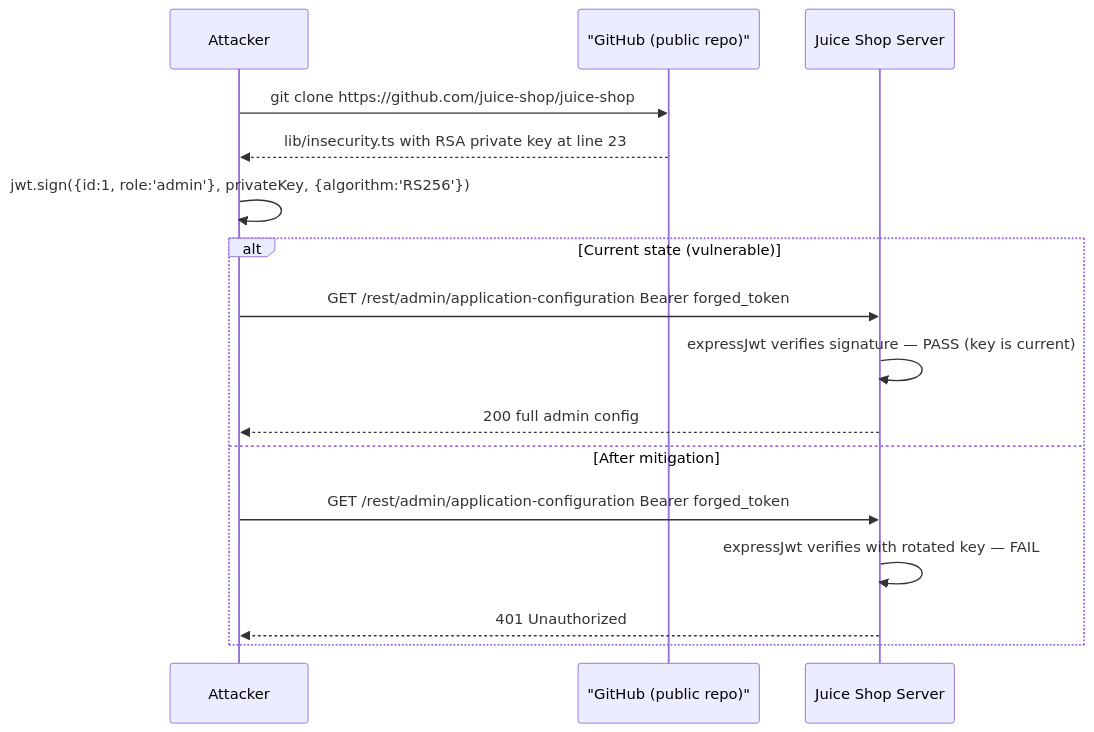
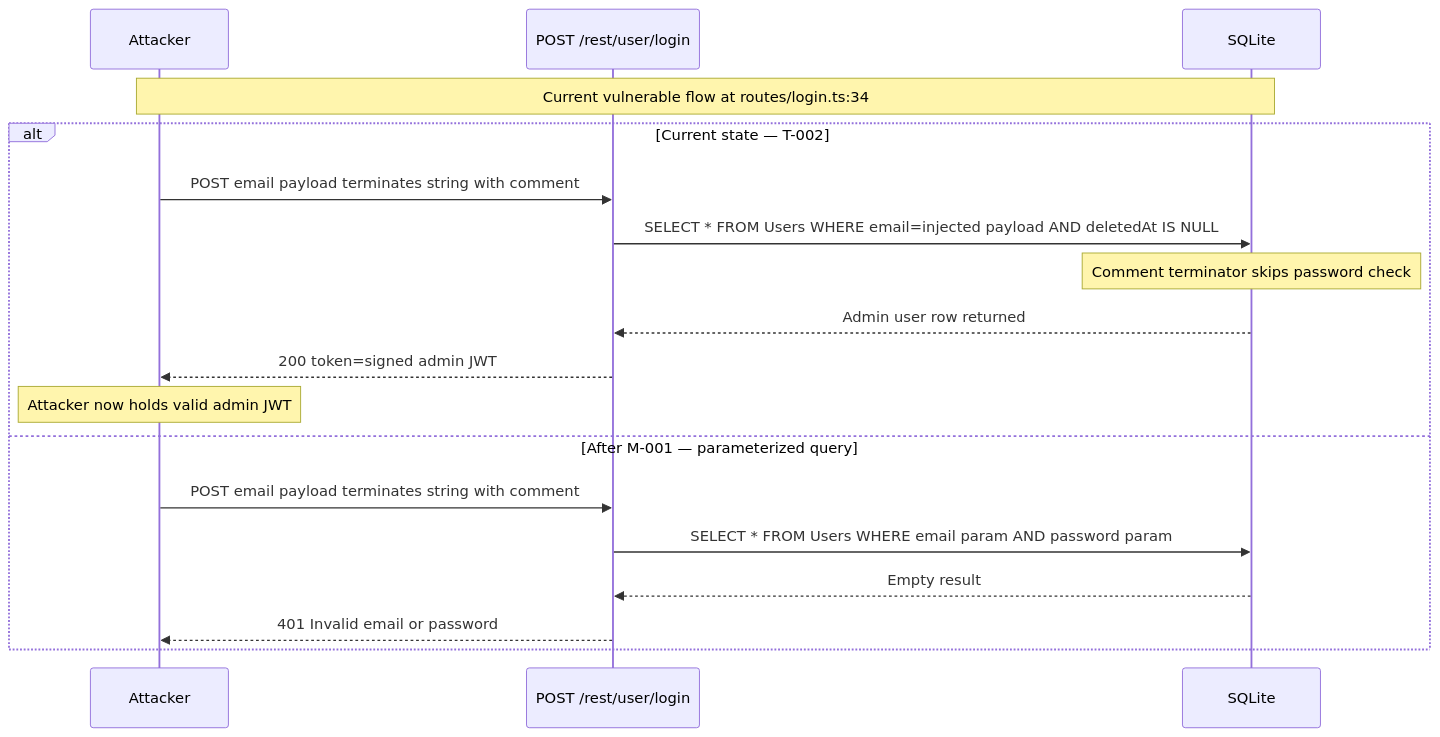
Before and after one commit to appsec-foundry/appsec-advisor: the eighth of 10 diagrams in examples/threat-modeler/threat-mode-juice-shop-quick.md, drawn with Mermaid. The commit also changed other lines of this file and 10 other files, not shown here.

````diff
--- a/examples/threat-modeler/threat-mode-juice-shop-quick.md
+++ b/examples/threat-modeler/threat-mode-juice-shop-quick.md
@@ -517,19 +482,22 @@
 ```mermaid
 sequenceDiagram
-    participant A as Attacker
-    participant GH as "GitHub (public repo)"
-    participant S as Juice Shop Server
+    participant Attacker
+    participant API as POST /rest/user/login
+    participant DB as SQLite
 
-    A->>GH: git clone https://github.com/juice-shop/juice-shop
-    GH-->>A: lib/insecurity.ts with RSA private key at line 23
-    A->>A: jwt.sign({id:1, role:'admin'}, privateKey, {algorithm:'RS256'})
-    alt Current state (vulnerable)
-        A->>S: GET /rest/admin/application-configuration Bearer forged_token
-        S->>S: expressJwt verifies signature — PASS (key is current)
-        S-->>A: 200 full admin config
-    else After mitigation
-        A->>S: GET /rest/admin/application-configuration Bearer forged_token
-        S->>S: expressJwt verifies with rotated key — FAIL
-        S-->>A: 401 Unauthorized
+    note over Attacker,DB: Current vulnerable flow at routes/login.ts:34
+
+    alt Current state — T-002
+        Attacker->>API: POST email payload terminates string with comment
+        API->>DB: SELECT * FROM Users WHERE email=injected payload AND deletedAt IS NULL
+        note over DB: Comment terminator skips password check
+        DB-->>API: Admin user row returned
+        API-->>Attacker: 200 token=signed admin JWT
+        note over Attacker: Attacker now holds valid admin JWT
+    else After M-001 — parameterized query
+        Attacker->>API: POST email payload terminates string with comment
+        API->>DB: SELECT * FROM Users WHERE email param AND password param
+        DB-->>API: Empty result
+        API-->>Attacker: 401 Invalid email or password
     end
 ```
````
